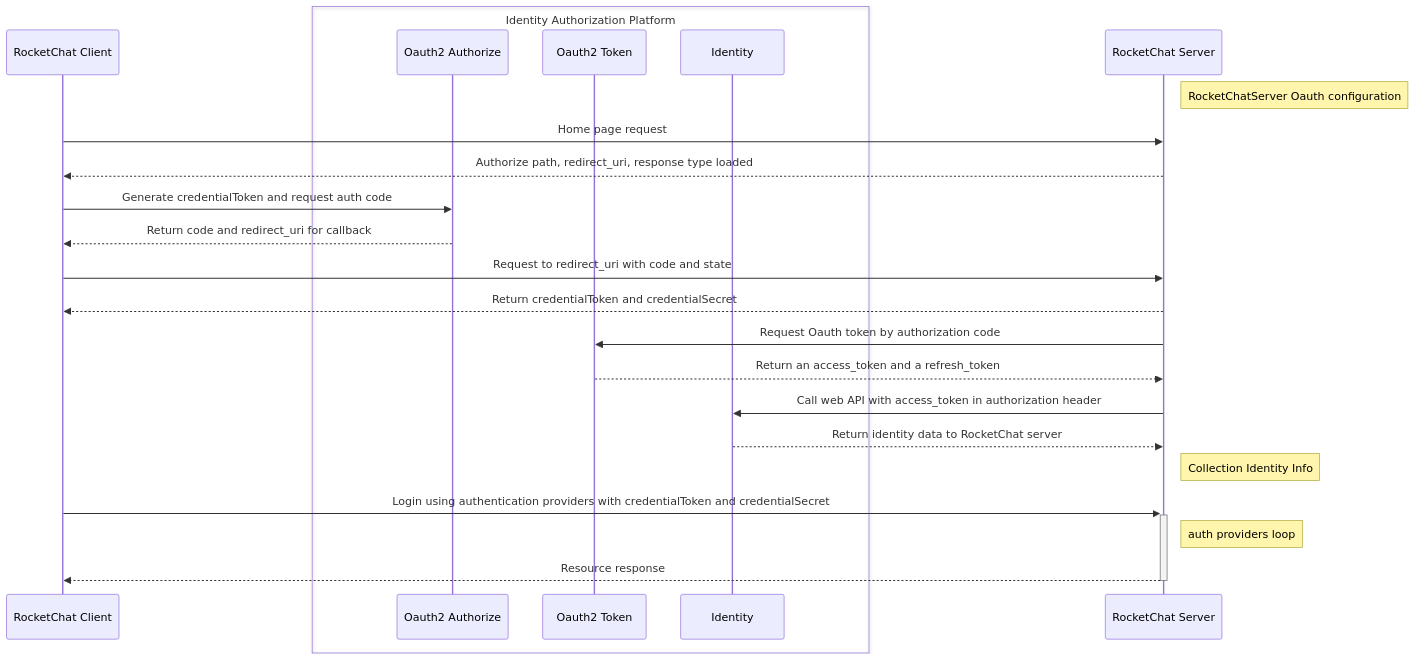
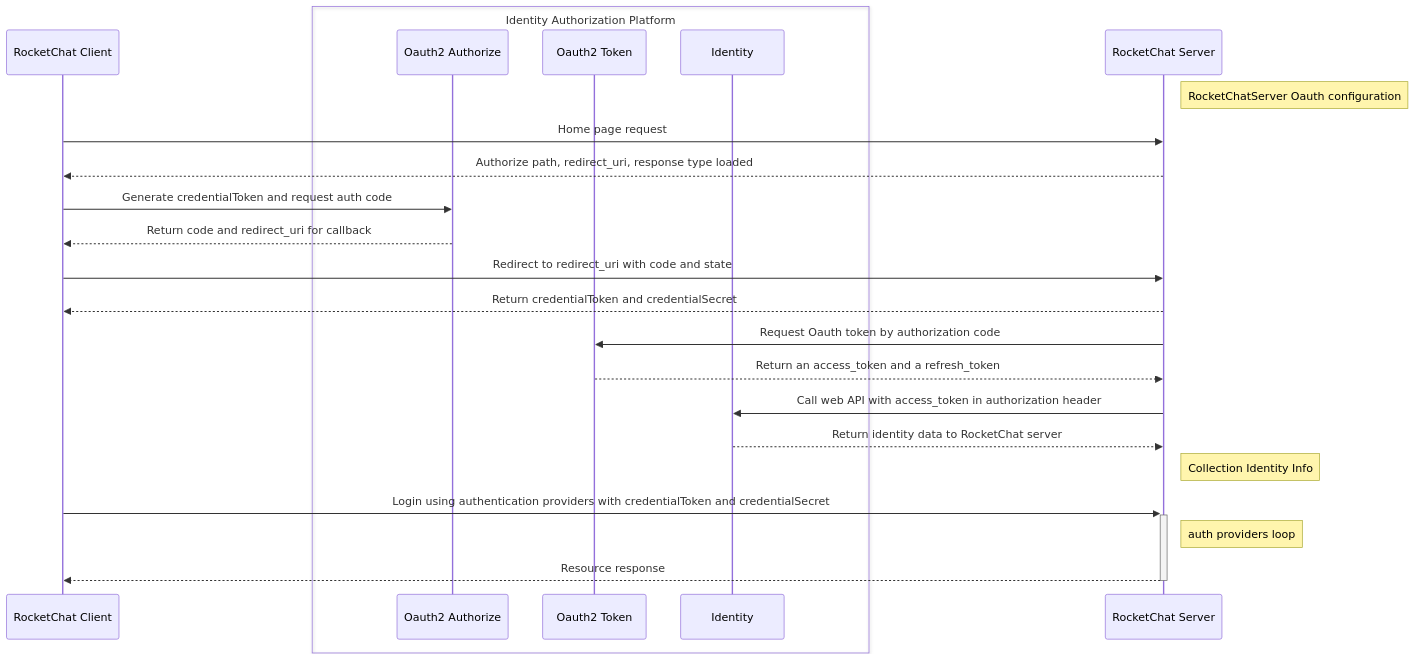
One commit to vulnsystem/vulnsystem.github.io changed the diagram in website/docs/rocketchat/rocketchat-oauth-process.mdx. Above: the diagram before and after it, drawn with Mermaid. The commit also changed other lines of this file, not shown here.

````diff
--- a/website/docs/rocketchat/rocketchat-oauth-process.mdx
+++ b/website/docs/rocketchat/rocketchat-oauth-process.mdx
@@ -15,30 +15,30 @@
 ```mermaid
 sequenceDiagram
   participant RocketChatClient as RocketChat Client
   participant Oauth2Authorize as Oauth2 Authorize
   participant Oauth2Token as Oauth2 Token
   participant ResourceServer as Identity
   participant RocketChatServer as RocketChat Server
 
   Note right of RocketChatServer: RocketChatServer Oauth configuration
   RocketChatClient ->> RocketChatServer: Home page request
   RocketChatServer -->> RocketChatClient: Authorize path, redirect_uri, response type loaded
   RocketChatClient ->> Oauth2Authorize: Generate credentialToken and request auth code
   Oauth2Authorize -->> RocketChatClient: Return code and redirect_uri for callback
-  RocketChatClient ->> RocketChatServer: Request to redirect_uri with code and state
+  RocketChatClient ->> RocketChatServer: Redirect to redirect_uri with code and state
   RocketChatServer -->> RocketChatClient: Return credentialToken and credentialSecret
   RocketChatServer ->> Oauth2Token: Request Oauth token by authorization code
   Oauth2Token -->> RocketChatServer: Return an access_token and a refresh_token
   RocketChatServer ->> ResourceServer: Call web API with access_token in authorization header
   ResourceServer -->> RocketChatServer: Return identity data to RocketChat server
   Note right of RocketChatServer: Collection Identity Info
   RocketChatClient ->>+ RocketChatServer: Login using authentication providers with credentialToken and credentialSecret
   Note right of RocketChatServer: auth providers loop
   RocketChatServer -->>- RocketChatClient: Resource response
 
   box transparent Identity Authorization Platform
   participant Oauth2Authorize
   participant Oauth2Token
   participant ResourceServer
   end
 ```
````
